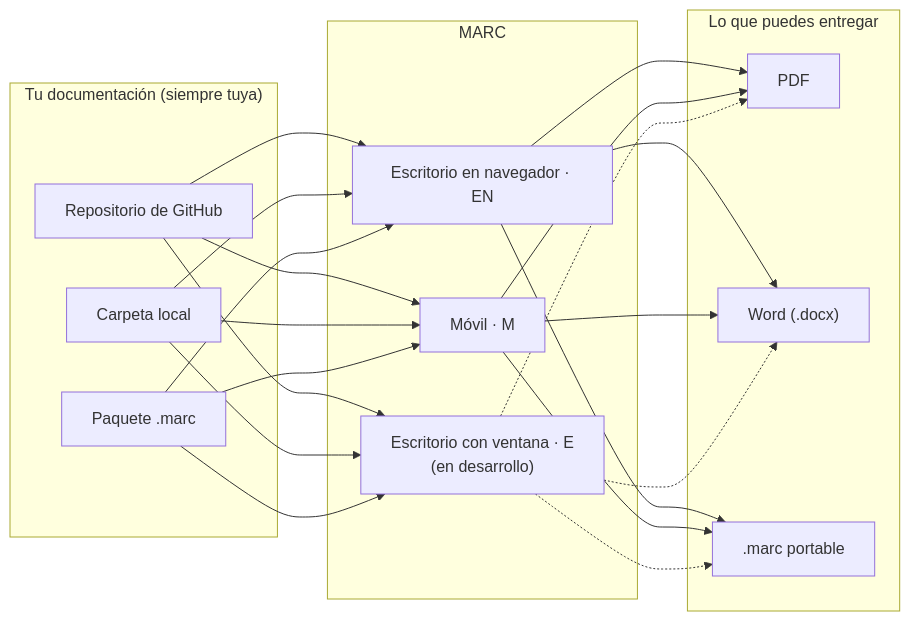
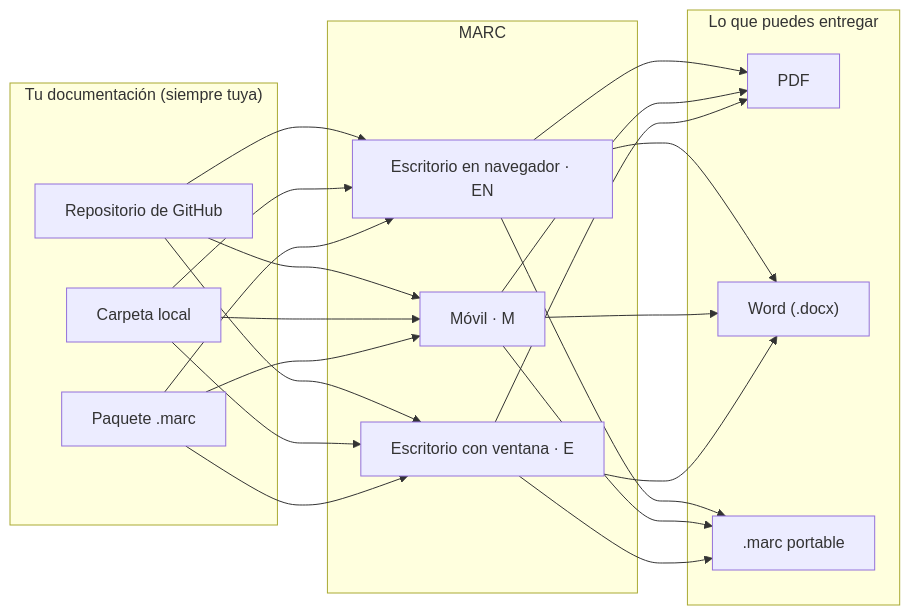
Before and after one commit to Anton-Bazh/MARC-DOC: the diagram in 00 Portada.md, drawn with Mermaid. The commit also changed other lines of this file and 28 other files, not shown here.

First line of the commit message:
Documenta las funciones nuevas de E2.0.0 y M2.3.1, con PDF y wiki de práctica

````diff
--- a/00 Portada.md
+++ b/00 Portada.md
@@ -31,24 +31,24 @@
 ```mermaid
 flowchart LR
     subgraph Fuentes["Tu documentación (siempre tuya)"]
         G["Repositorio de GitHub"]
         C["Carpeta local"]
         P["Paquete .marc"]
     end
     subgraph Apps["MARC"]
         EN["Escritorio en navegador · EN"]
         M["Móvil · M"]
-        E["Escritorio con ventana · E<br/>(en desarrollo)"]
+        E["Escritorio con ventana · E"]
     end
     subgraph Salidas["Lo que puedes entregar"]
         PDF["PDF"]
         W["Word (.docx)"]
         MK[".marc portable"]
     end
     G --> EN & M & E
     C --> EN & M & E
     P --> EN & M & E
     EN --> PDF & W & MK
     M --> PDF & W & MK
-    E -.-> PDF & W & MK
+    E --> PDF & W & MK
 ```
````
